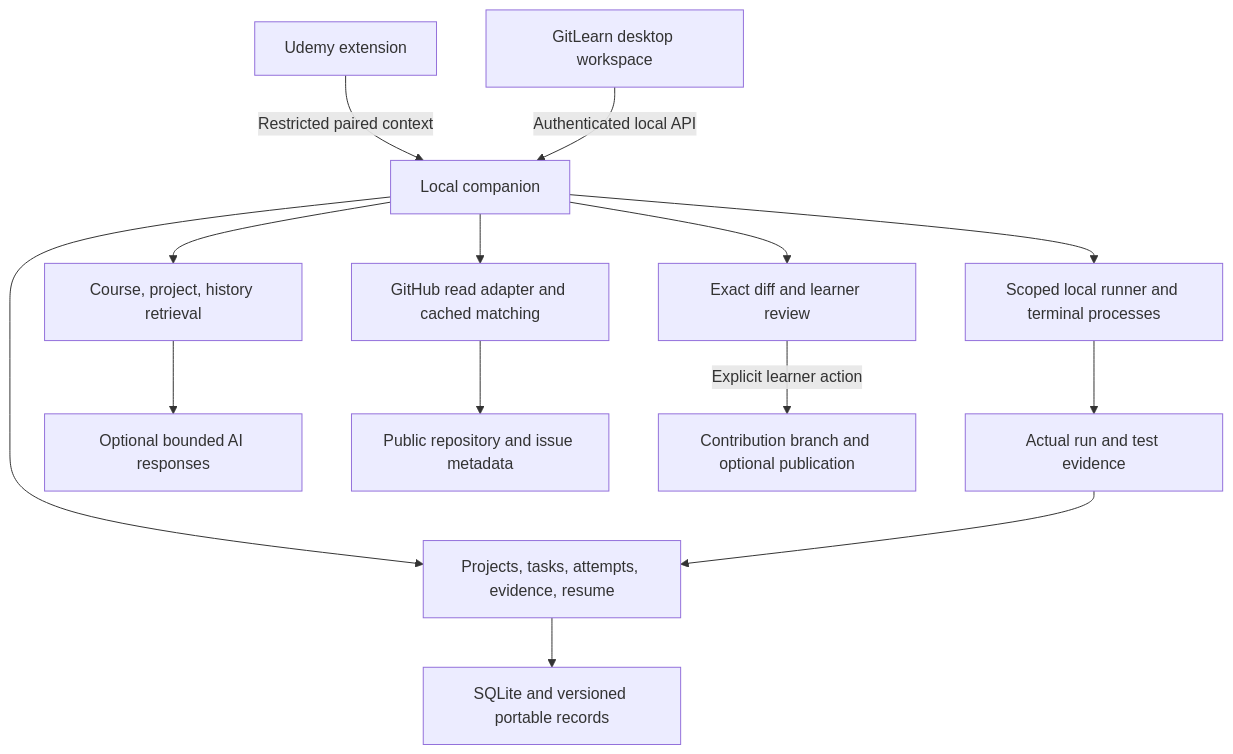
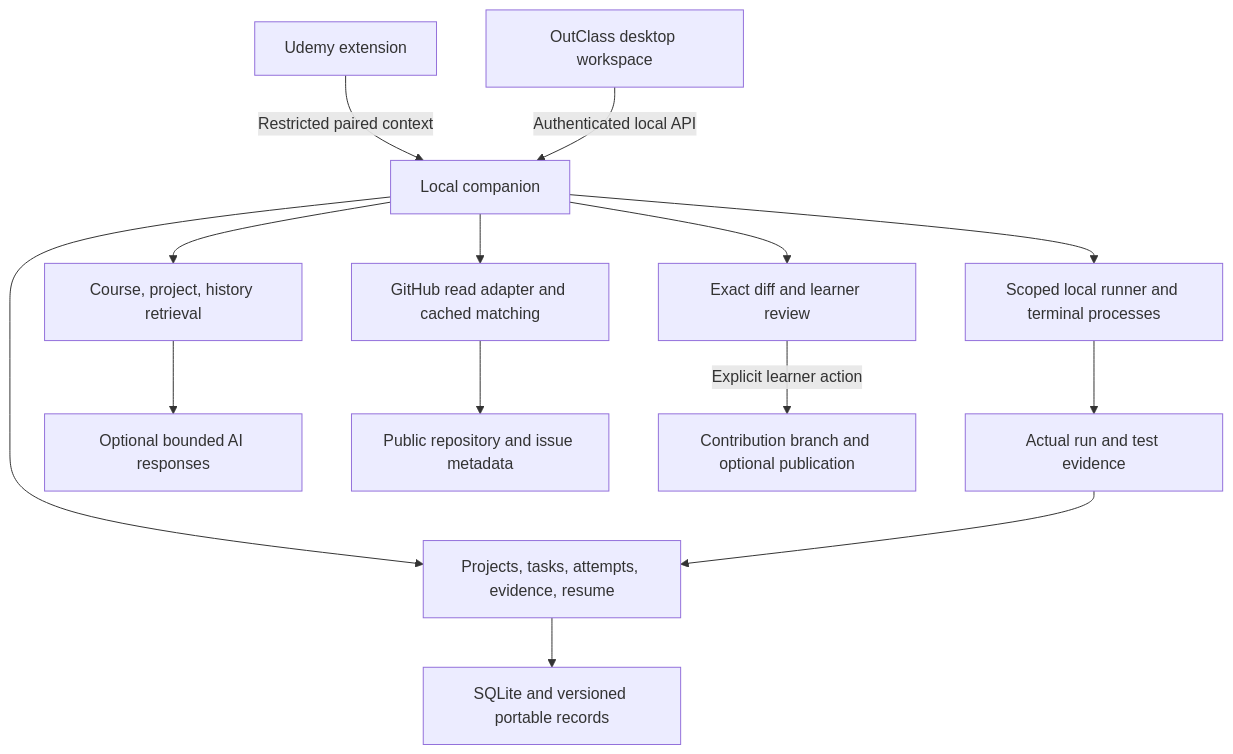
One commit to aayups31/GitLearn changed the diagram in docs/learning-architecture.md. Above: the diagram before and after it, drawn with Mermaid. The commit also changed 17 other files, not shown here.

````diff
--- a/docs/learning-architecture.md
+++ b/docs/learning-architecture.md
@@ -9,16 +9,16 @@
 ```mermaid
 flowchart TB
   Extension[Udemy extension] -->|Restricted paired context| Companion[Local companion]
-  Desktop[GitLearn desktop workspace] -->|Authenticated local API| Companion
+  Desktop[OutClass desktop workspace] -->|Authenticated local API| Companion
   Companion --> Learning[Projects, tasks, attempts, evidence, resume]
   Companion --> Runtime[Scoped local runner and terminal processes]
   Companion --> Retrieval[Course, project, history retrieval]
   Companion --> Discovery[GitHub read adapter and cached matching]
   Learning --> Store[SQLite and versioned portable records]
   Runtime --> Evidence[Actual run and test evidence]
   Evidence --> Learning
   Retrieval --> Tutor[Optional bounded AI responses]
   Discovery --> GitHub[Public repository and issue metadata]
   Companion --> Review[Exact diff and learner review]
   Review -->|Explicit learner action| Contribution[Contribution branch and optional publication]
 ```
````
